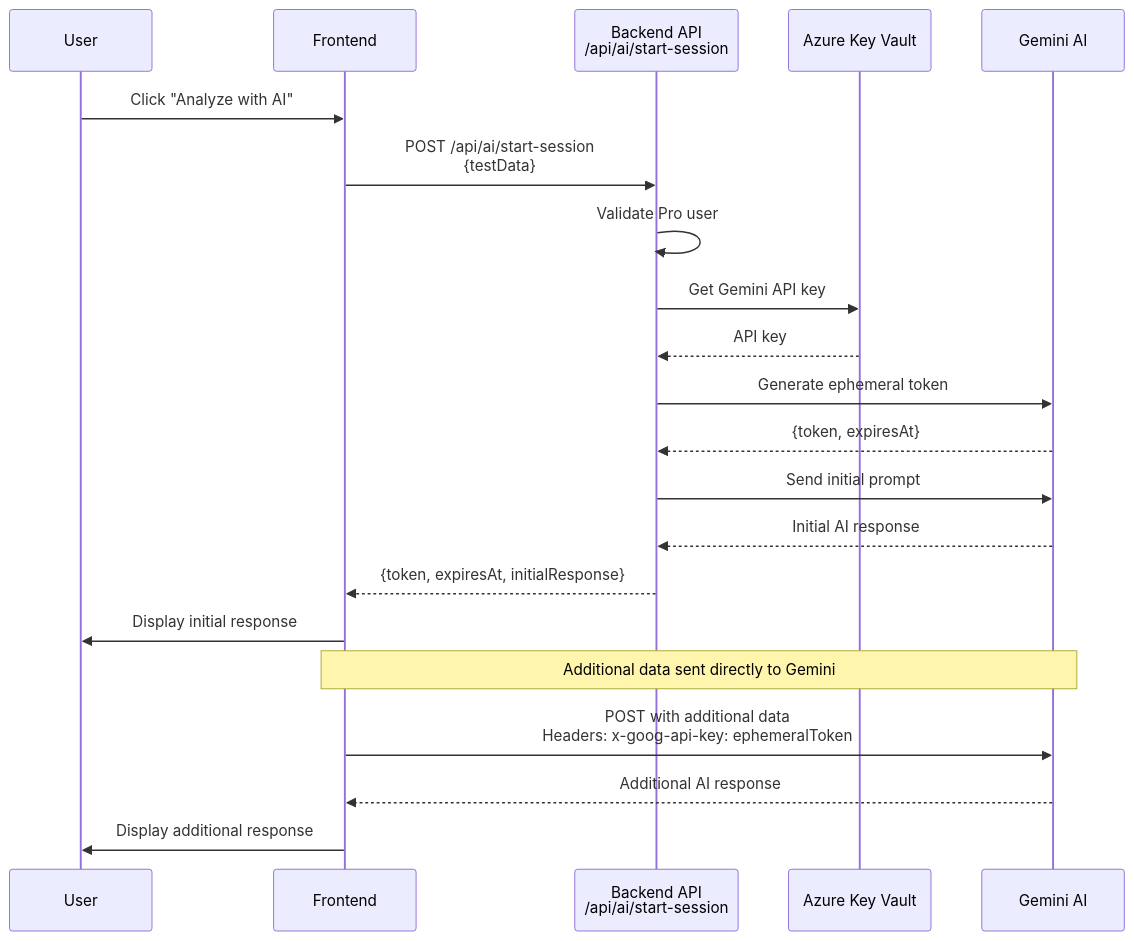
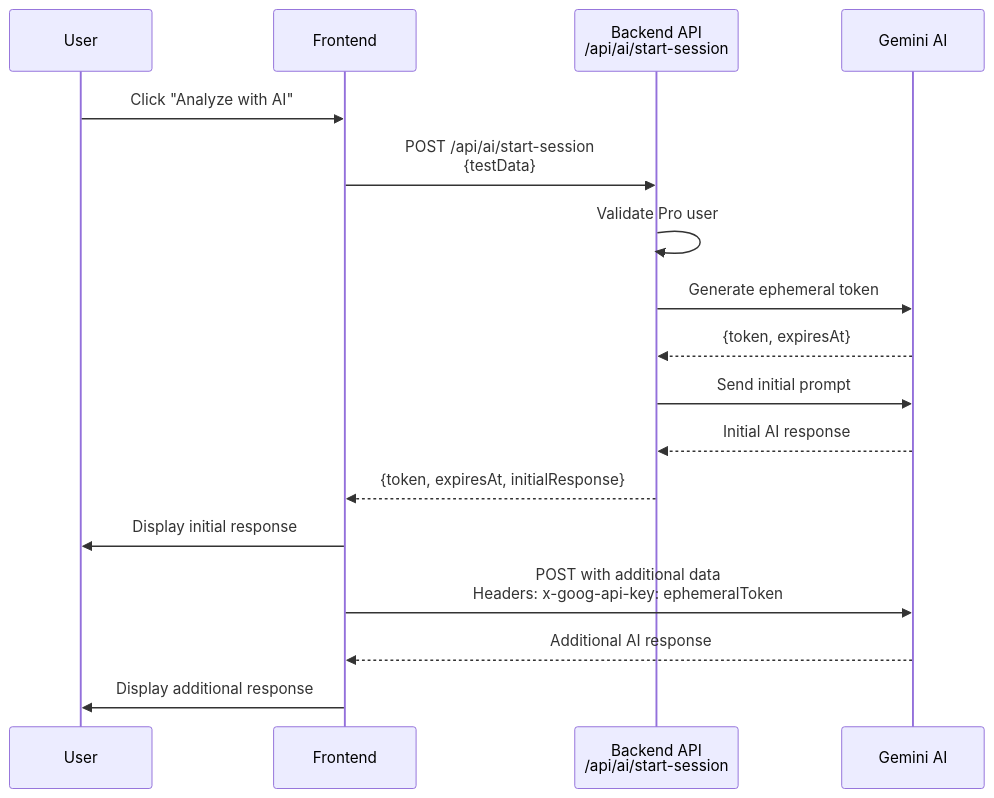
One commit to iricigor/GlookoDataWebApp changed the diagram in AI_SESSION.md. Above: the diagram before and after it, drawn with Mermaid. The commit also changed 3 other files, not shown here.

First line of the commit message:
Address code review feedback: add timeouts, theme-aware styles, simplify diagram

````diff
--- a/AI_SESSION.md
+++ b/AI_SESSION.md
@@ -8,25 +8,21 @@
 ```mermaid
 sequenceDiagram
     participant User
     participant Frontend
     participant Backend as Backend API<br/>/api/ai/start-session
-    participant KeyVault as Azure Key Vault
     participant Gemini as Gemini AI
 
     User->>Frontend: Click "Analyze with AI"
     Frontend->>Backend: POST /api/ai/start-session<br/>{testData}
     Backend->>Backend: Validate Pro user
-    Backend->>KeyVault: Get Gemini API key
-    KeyVault-->>Backend: API key
     Backend->>Gemini: Generate ephemeral token
     Gemini-->>Backend: {token, expiresAt}
     Backend->>Gemini: Send initial prompt
     Gemini-->>Backend: Initial AI response
     Backend-->>Frontend: {token, expiresAt, initialResponse}
     Frontend->>User: Display initial response
     
-    Note over Frontend,Gemini: Additional data sent directly to Gemini
     Frontend->>Gemini: POST with additional data<br/>Headers: x-goog-api-key: ephemeralToken
     Gemini-->>Frontend: Additional AI response
     Frontend->>User: Display additional response
 ```
````
